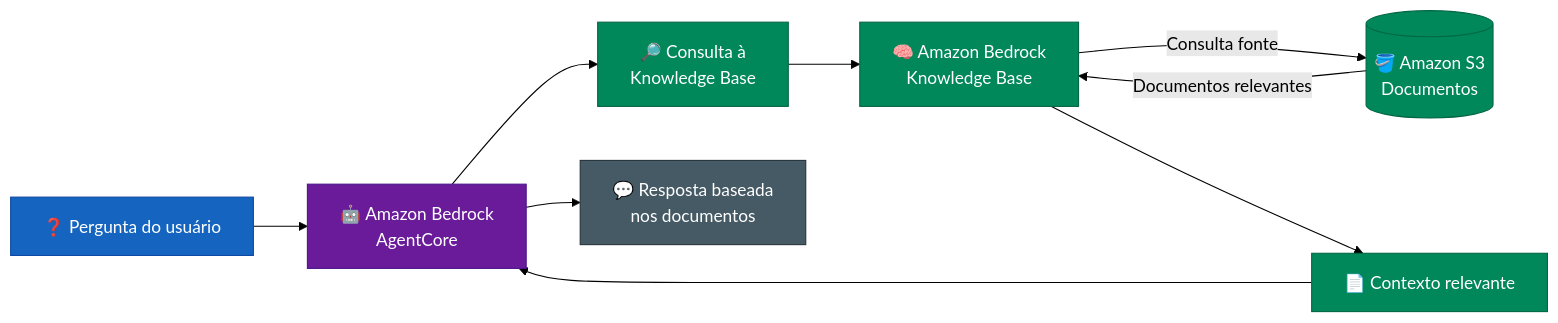
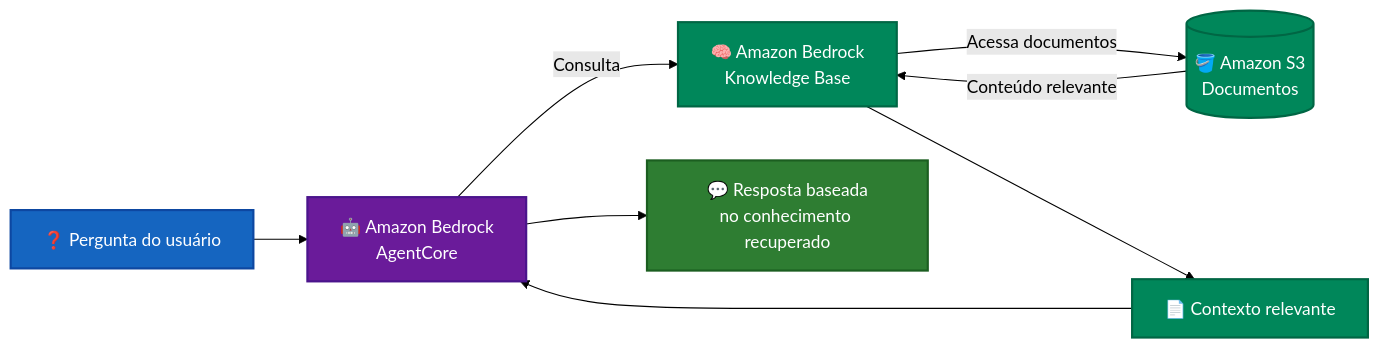
One commit to Rogerio5/aws-genai-smart-assistant-lab changed the third of 11 diagrams in README.md. Above: the diagram before and after it, drawn with Mermaid (forest theme). The commit also changed other lines of this file, not shown here.

````diff
--- a/README.md
+++ b/README.md
@@ -161,38 +180,38 @@
 ```mermaid
 flowchart LR
 
     QUESTION["❓ Pergunta do usuário"]
 
     AGENT["🤖 Amazon Bedrock<br/>AgentCore"]
 
-    SEARCH["🔎 Consulta à<br/>Knowledge Base"]
-
     KB["🧠 Amazon Bedrock<br/>Knowledge Base"]
 
     S3[("🪣 Amazon S3<br/>Documentos")]
 
     CONTEXT["📄 Contexto relevante"]
 
-    RESPONSE["💬 Resposta baseada<br/>nos documentos"]
+    RESPONSE["💬 Resposta baseada<br/>no conhecimento recuperado"]
 
     QUESTION --> AGENT
-    AGENT --> SEARCH
-    SEARCH --> KB
 
-    KB -->|"Consulta fonte"| S3
-    S3 -->|"Documentos relevantes"| KB
+    AGENT -->|"Consulta"| KB
+
+    KB -->|"Acessa documentos"| S3
+    S3 -->|"Conteúdo relevante"| KB
 
     KB --> CONTEXT
+
     CONTEXT --> AGENT
+
     AGENT --> RESPONSE
 
-    classDef user fill:#1565C0,stroke:#0D47A1,color:#ffffff
-    classDef ai fill:#6A1B9A,stroke:#4A148C,color:#ffffff
-    classDef rag fill:#00875A,stroke:#006644,color:#ffffff
-    classDef output fill:#455A64,stroke:#263238,color:#ffffff
+    classDef user fill:#1565C0,stroke:#0D47A1,color:#ffffff,stroke-width:2px
+    classDef ai fill:#6A1B9A,stroke:#4A148C,color:#ffffff,stroke-width:2px
+    classDef knowledge fill:#00875A,stroke:#006644,color:#ffffff,stroke-width:2px
+    classDef output fill:#2E7D32,stroke:#1B5E20,color:#ffffff,stroke-width:2px
 
     class QUESTION user
     class AGENT ai
-    class SEARCH,KB,S3,CONTEXT rag
+    class KB,S3,CONTEXT knowledge
     class RESPONSE output
 ```
````
